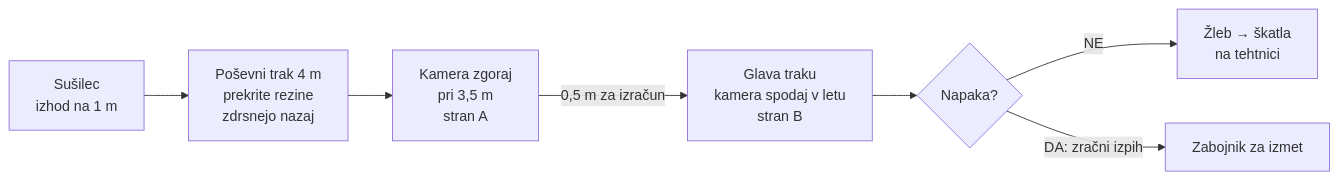
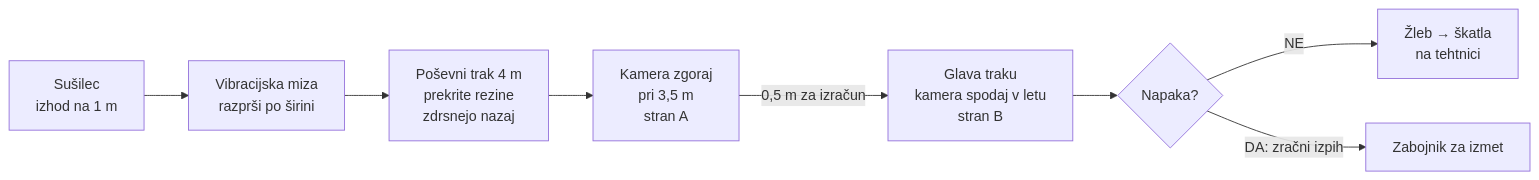
Before and after one commit to JureInokron/lui-2026-skupina-a: the diagram in naloga_B_jabolcni_cips/PREDSTAVITEV.md, drawn with Mermaid. The commit also changed other lines of this file and 2 other files, not shown here.

Commit message:
Čips: vibracijska miza nazaj v kalkulaciji in predstavitvi (~42.200 €)

````diff
--- a/naloga_B_jabolcni_cips/PREDSTAVITEV.md
+++ b/naloga_B_jabolcni_cips/PREDSTAVITEV.md
@@ -24,9 +24,10 @@
 ```mermaid
 flowchart LR
-    A[Sušilec<br/>izhod na 1 m] --> B[Poševni trak 4 m<br/>prekrite rezine<br/>zdrsnejo nazaj]
+    A[Sušilec<br/>izhod na 1 m] --> V[Vibracijska miza<br/>razprši po širini]
+    V --> B[Poševni trak 4 m<br/>prekrite rezine<br/>zdrsnejo nazaj]
     B --> C[Kamera zgoraj<br/>pri 3,5 m<br/>stran A]
     C -->|0,5 m za izračun| D[Glava traku<br/>kamera spodaj v letu<br/>stran B]
     D --> E{Napaka?}
     E -->|NE| F[Žleb → škatla<br/>na tehtnici]
     E -->|DA: zračni izpih| G[Zabojnik za izmet]
 ```
````
